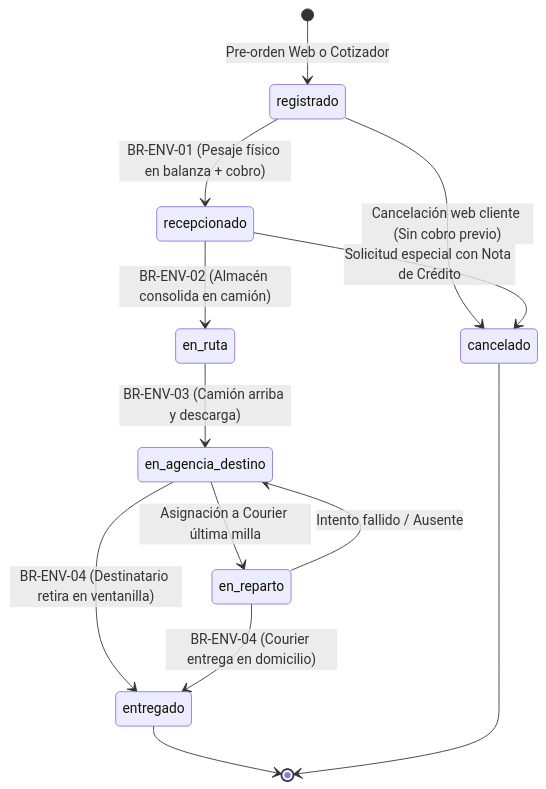
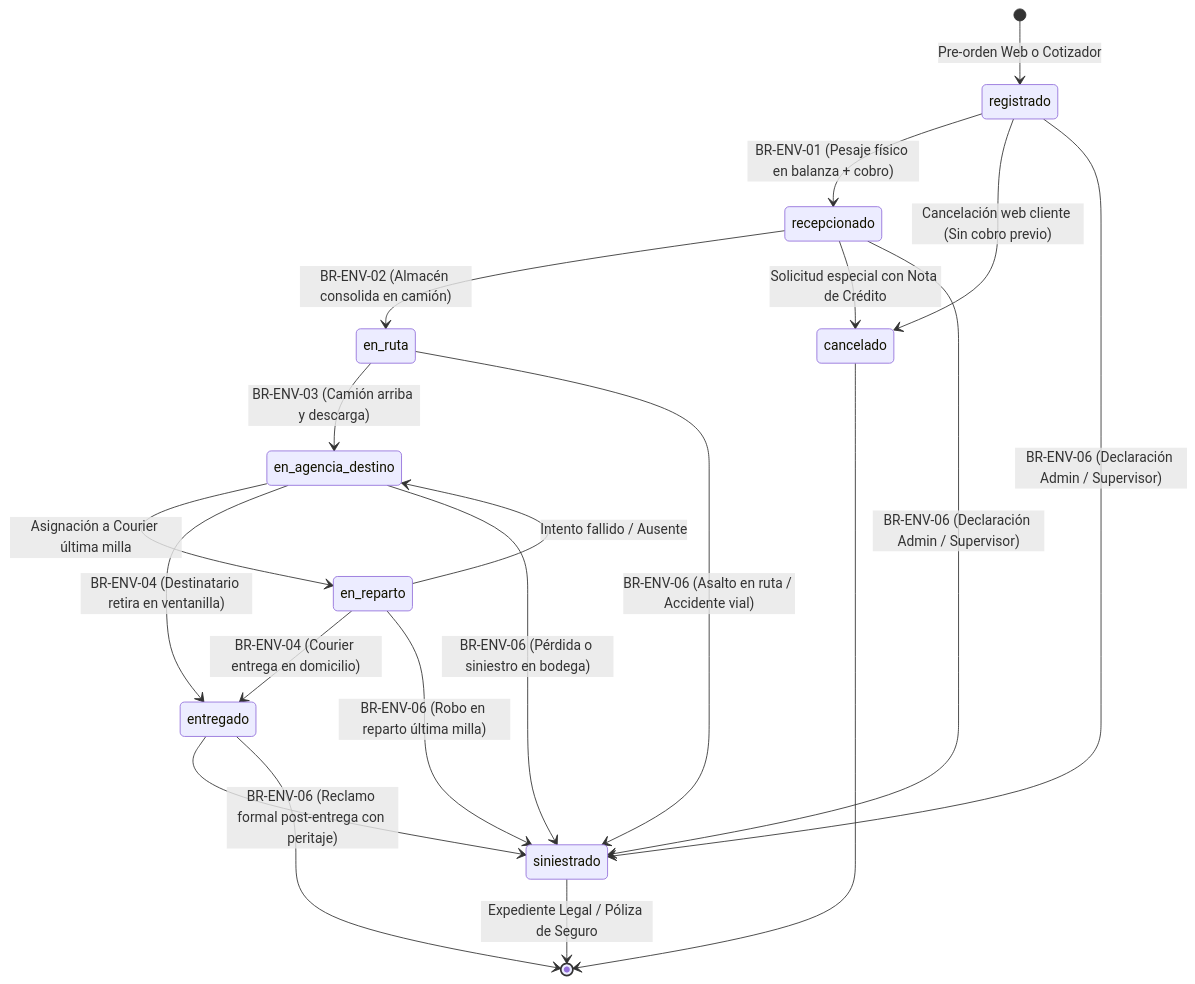
One commit to Luisisma/CargaExpressBackend changed the diagram in docs/negocio/03-ciclo-vida-envio-transicion-estados.md. Above: the diagram before and after it, drawn with Mermaid. The commit also changed other lines of this file and 59 other files, not shown here.

````diff
--- a/docs/negocio/03-ciclo-vida-envio-transicion-estados.md
+++ b/docs/negocio/03-ciclo-vida-envio-transicion-estados.md
@@ -24,21 +24,29 @@
 ```mermaid
 stateDiagram-v2
     [*] --> registrado : Pre-orden Web o Cotizador
     
     registrado --> recepcionado : BR-ENV-01 (Pesaje físico en balanza + cobro)
     registrado --> cancelado : Cancelación web cliente (Sin cobro previo)
     
     recepcionado --> en_ruta : BR-ENV-02 (Almacén consolida en camión)
     recepcionado --> cancelado : Solicitud especial con Nota de Crédito
     
     en_ruta --> en_agencia_destino : BR-ENV-03 (Camión arriba y descarga)
     
     en_agencia_destino --> en_reparto : Asignación a Courier última milla
     en_agencia_destino --> entregado : BR-ENV-04 (Destinatario retira en ventanilla)
     
     en_reparto --> entregado : BR-ENV-04 (Courier entrega en domicilio)
     en_reparto --> en_agencia_destino : Intento fallido / Ausente
     
+    registrado --> siniestrado : BR-ENV-06 (Declaración Admin / Supervisor)
+    recepcionado --> siniestrado : BR-ENV-06 (Declaración Admin / Supervisor)
+    en_ruta --> siniestrado : BR-ENV-06 (Asalto en ruta / Accidente vial)
+    en_agencia_destino --> siniestrado : BR-ENV-06 (Pérdida o siniestro en bodega)
+    en_reparto --> siniestrado : BR-ENV-06 (Robo en reparto última milla)
+    entregado --> siniestrado : BR-ENV-06 (Reclamo formal post-entrega con peritaje)
+
     entregado --> [*]
     cancelado --> [*]
+    siniestrado --> [*] : Expediente Legal / Póliza de Seguro
 ```
````
